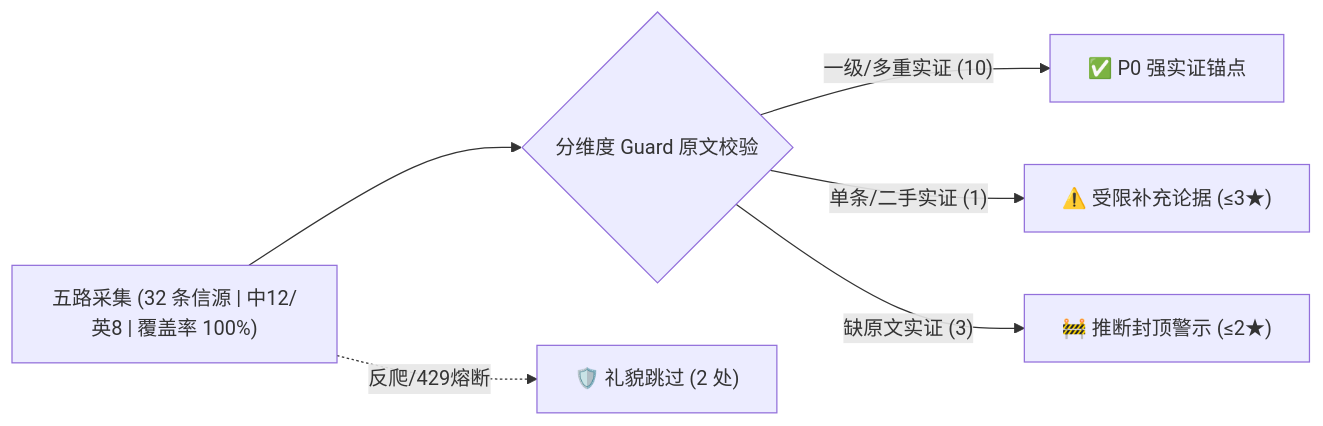
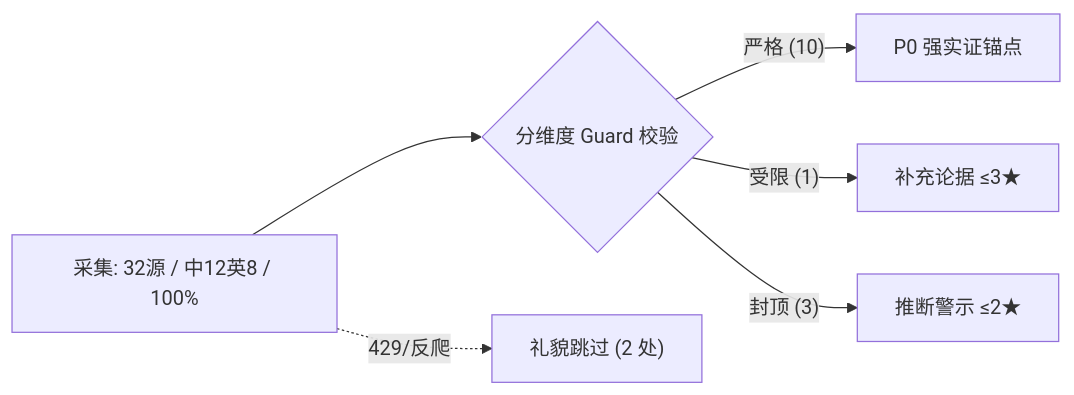
The second of 8 diagrams in reports/openhands.md (az1615962561-crypto/ai-harness-analyzer), drawn with Mermaid before and after one commit. The commit also changed other lines of this file and 17 other files, not shown here.

Commit message:
Fix Mermaid xychart-beta layout: compact unquoted axis labels & Y-axis headroom

````diff
--- a/reports/openhands.md
+++ b/reports/openhands.md
@@ -77,8 +77,8 @@
 ```mermaid
 flowchart LR
-    Collect["五路采集 (32 条信源 | 中12/英8 | 覆盖率 100%)"] --> Guard{"分维度 Guard 原文校验"}
-    Guard -- "一级/多重实证 (10)" --> Core["✅ P0 强实证锚点"]
-    Guard -- "单条/二手实证 (1)" --> Mod["⚠️ 受限补充论据 (≤3★)"]
-    Guard -- "缺原文实证 (3)" --> Warn["🚧 推断封顶警示 (≤2★)"]
-    Collect -. "反爬/429熔断" .-> Blocked["🛡️ 礼貌跳过 (2 处)"]
+    Collect["采集: 32源 / 中12英8 / 100%"] --> Guard{"分维度 Guard 校验"}
+    Guard -- "严格 (10)" --> Core["P0 强实证锚点"]
+    Guard -- "受限 (1)" --> Mod["补充论据 ≤3★"]
+    Guard -- "封顶 (3)" --> Warn["推断警示 ≤2★"]
+    Collect -. "429/反爬" .-> Blocked["礼貌跳过 (2 处)"]
 ```
````
